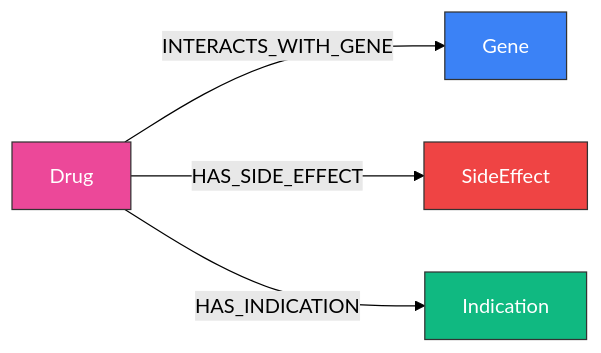
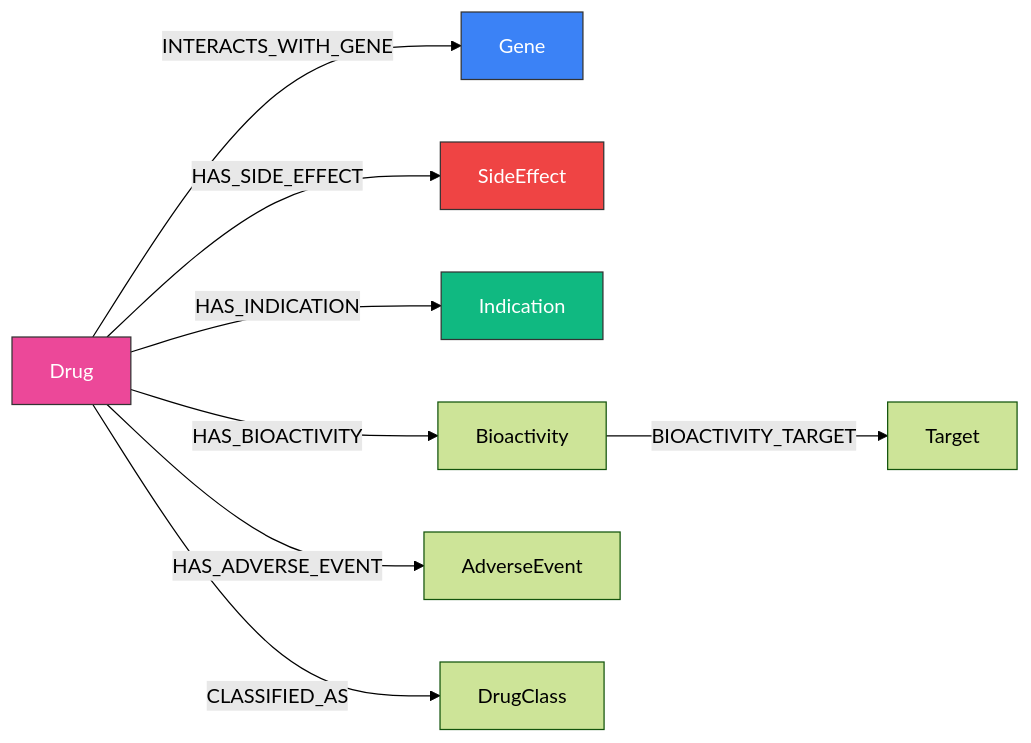
Before and after one commit to samyama-ai/samyama-graph-book: the fifth of 8 diagrams in src/kg_catalog.md, drawn with Mermaid (forest theme). The commit also changed other lines of this file and 5 other files, not shown here.

````diff
--- a/src/kg_catalog.md
+++ b/src/kg_catalog.md
@@ -252,11 +254,15 @@
 ```mermaid
 graph LR
     Drug -->|INTERACTS_WITH_GENE| Gene
     Drug -->|HAS_SIDE_EFFECT| SideEffect
     Drug -->|HAS_INDICATION| Indication
+    Drug -->|HAS_BIOACTIVITY| Bioactivity
+    Drug -->|HAS_ADVERSE_EVENT| AdverseEvent
+    Drug -->|CLASSIFIED_AS| DrugClass
+    Bioactivity -->|BIOACTIVITY_TARGET| Target
 
     style Drug fill:#ec4899,stroke:#333,color:#fff
     style Gene fill:#3b82f6,stroke:#333,color:#fff
     style SideEffect fill:#ef4444,stroke:#333,color:#fff
     style Indication fill:#10b981,stroke:#333,color:#fff
 ```
````
